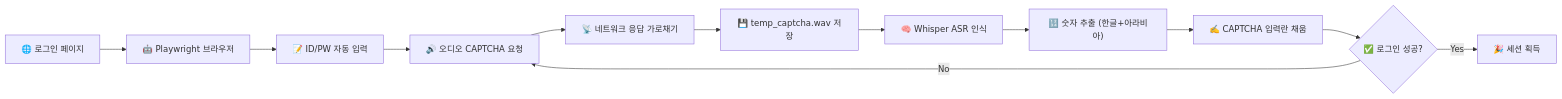
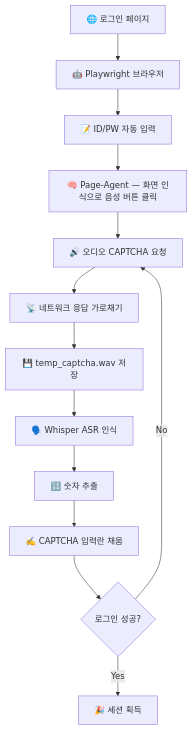
Before and after one commit to windshock/captcha-bypass: the first of 3 diagrams in docs/reports/INTERNAL_REPORT.md, drawn with Mermaid. The commit also changed other lines of this file and 8 other files, not shown here.

````diff
--- a/docs/reports/INTERNAL_REPORT.md
+++ b/docs/reports/INTERNAL_REPORT.md
@@ -56,14 +59,15 @@
 ```mermaid
-flowchart LR
+flowchart TD
     A["🌐 로그인 페이지"] --> B["🤖 Playwright 브라우저"]
     B --> C["📝 ID/PW 자동 입력"]
-    C --> D["🔊 오디오 CAPTCHA 요청"]
-    D --> E["📡 네트워크 응답 가로채기"]
-    E --> F["💾 temp_captcha.wav 저장"]
-    F --> G["🧠 Whisper ASR 인식"]
-    G --> H["🔢 숫자 추출 (한글+아라비아)"]
-    H --> I["✍️ CAPTCHA 입력란 채움"]
-    I --> J{"✅ 로그인 성공?"}
-    J -->|Yes| K["🎉 세션 획득"]
-    J -->|No| D
+    C --> D["🧠 Page-Agent — 화면 인식으로 음성 버튼 클릭"]
+    D --> E["🔊 오디오 CAPTCHA 요청"]
+    E --> F["📡 네트워크 응답 가로채기"]
+    F --> G["💾 temp_captcha.wav 저장"]
+    G --> H["🗣️ Whisper ASR 인식"]
+    H --> I["🔢 숫자 추출"]
+    I --> J["✍️ CAPTCHA 입력란 채움"]
+    J --> K{"로그인 성공?"}
+    K -->|Yes| L["🎉 세션 획득"]
+    K -->|No| E
 ```
````
